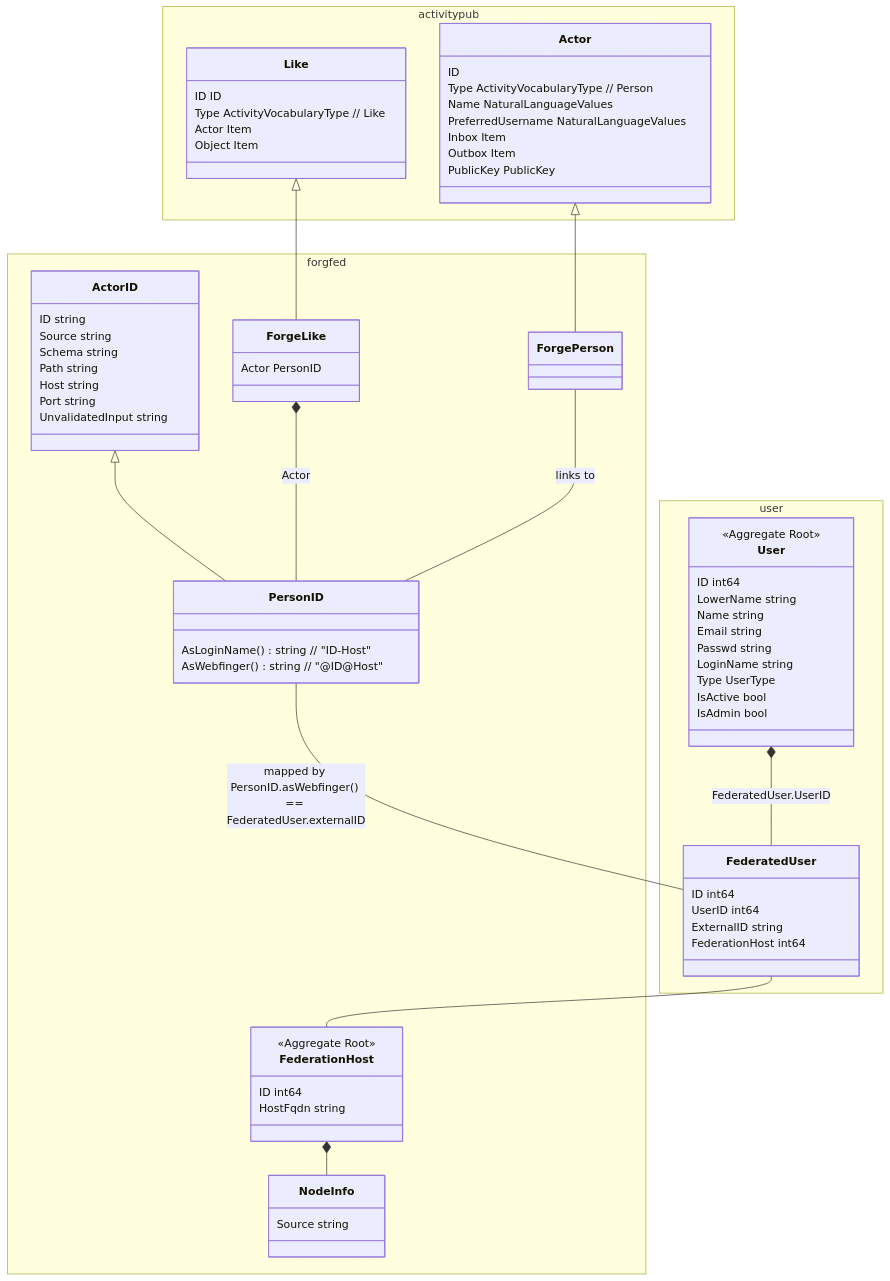
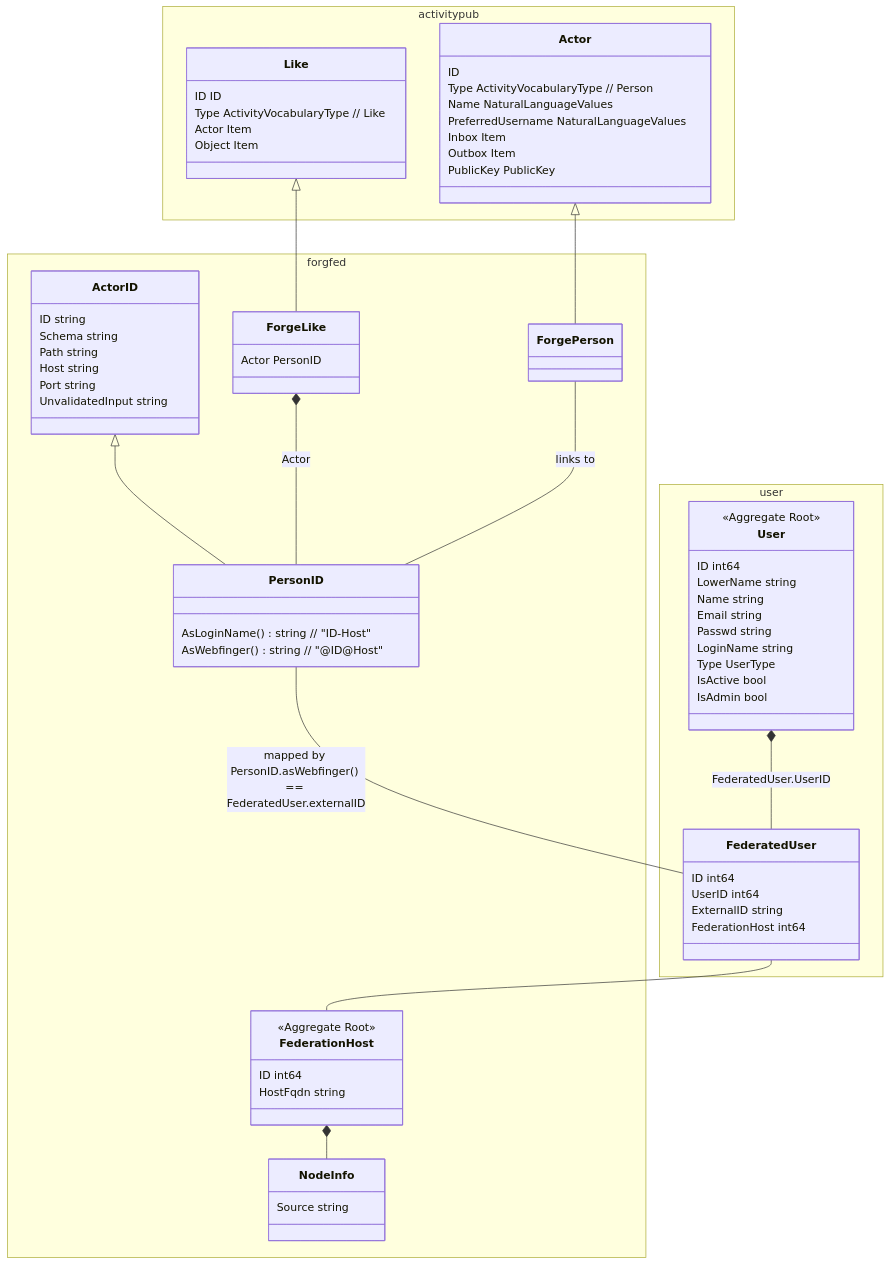
Before and after one commit to yonasBSD/forgejo: the third of 4 diagrams in docs/unsure-where-to-put/adr-map-federated-person.md, drawn with Mermaid. The commit also changed other lines of this file, not shown here.

Commit message:
Source is no longer needed - see adr-federated-star

````diff
--- a/docs/unsure-where-to-put/adr-map-federated-person.md
+++ b/docs/unsure-where-to-put/adr-map-federated-person.md
@@ -306,7 +304,6 @@
     }
     class ActorID {
       ID               string
-      Source           string
       Schema           string
       Path             string
       Host             string
@@ -361,6 +358,5 @@
   User *-- FederatedUser: FederatedUser.UserID
   PersonID -- FederatedUser : mapped by PersonID.asWebfinger() == FederatedUser.externalID
   FederatedUser -- FederationHost
-
  
 ```
````
